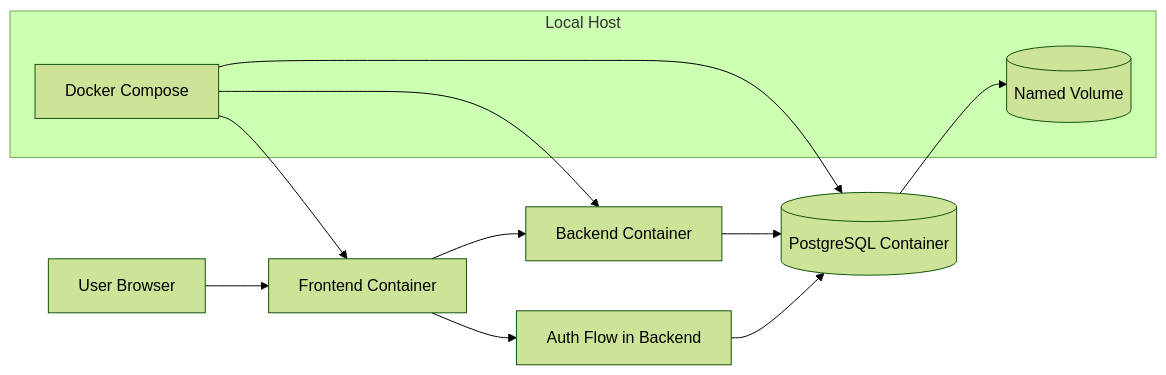
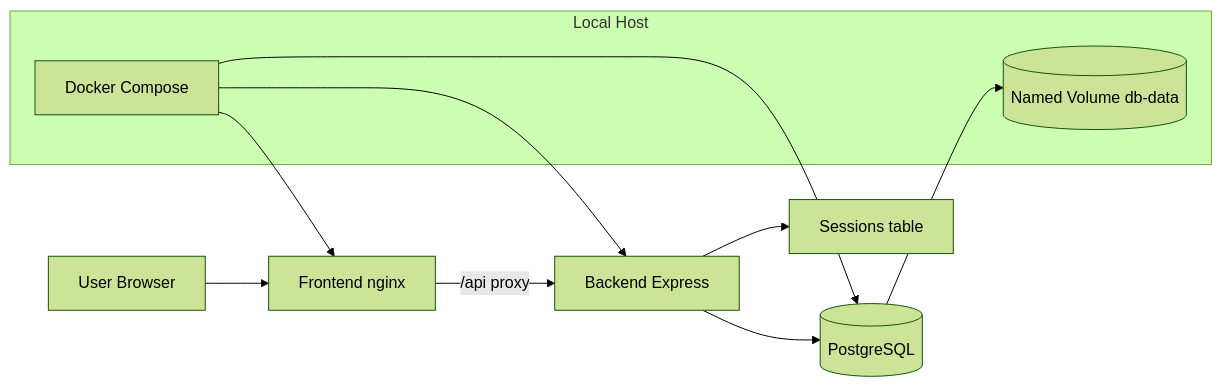
Before and after one commit to ted-cb/groceries: the diagram in ARCHITECTURE.md, drawn with Mermaid (forest theme). The commit also changed other lines of this file and 35 other files, not shown here.

````diff
--- a/ARCHITECTURE.md
+++ b/ARCHITECTURE.md
@@ -83,19 +101,17 @@
 ```mermaid
 flowchart LR
-    U[User Browser] --> FE[Frontend Container]
-    FE --> BE[Backend Container]
-    FE --> AUTH[Auth Flow in Backend]
-
-    BE --> DB[(PostgreSQL Container)]
-    AUTH --> DB
+    U[User Browser] --> FE[Frontend nginx]
+    FE -->|"/api proxy"| BE[Backend Express]
+    BE --> DB[(PostgreSQL)]
+    BE --> SESS[Sessions table]
 
     subgraph Local Host
         DC[Docker Compose]
-        V[(Named Volume)]
+        V[(Named Volume db-data)]
     end
 
     DC --> FE
     DC --> BE
     DC --> DB
     DB --> V
 ```
````
